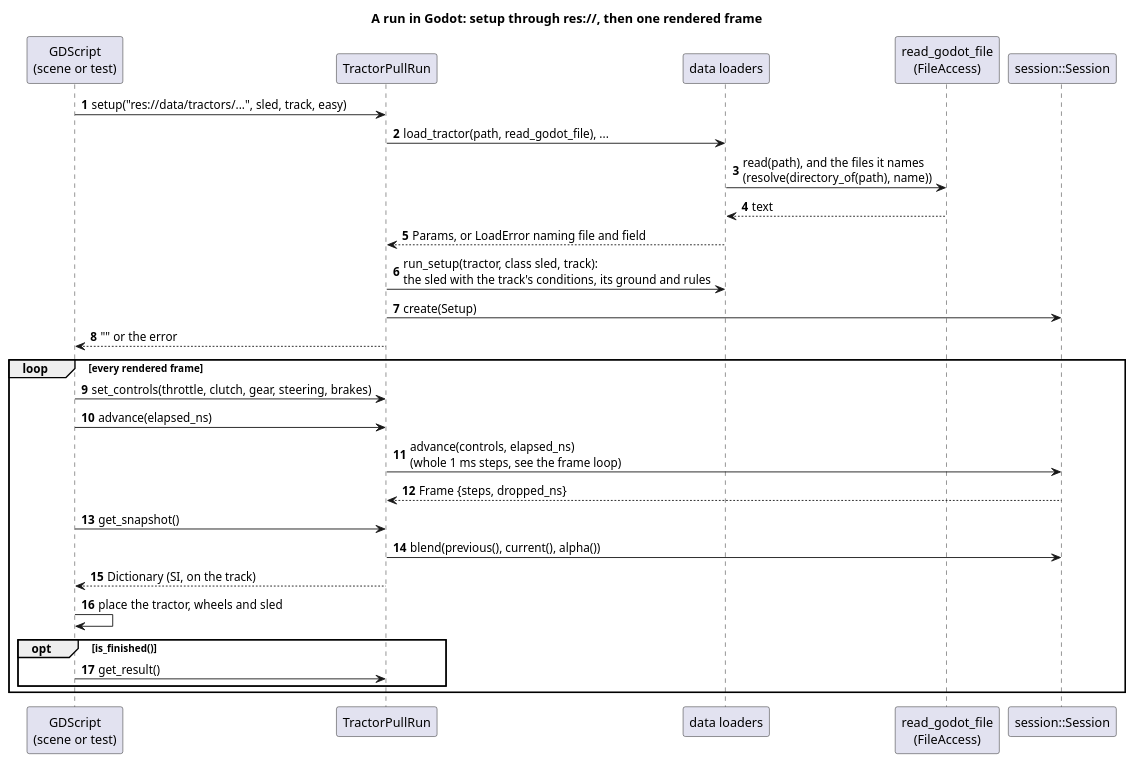
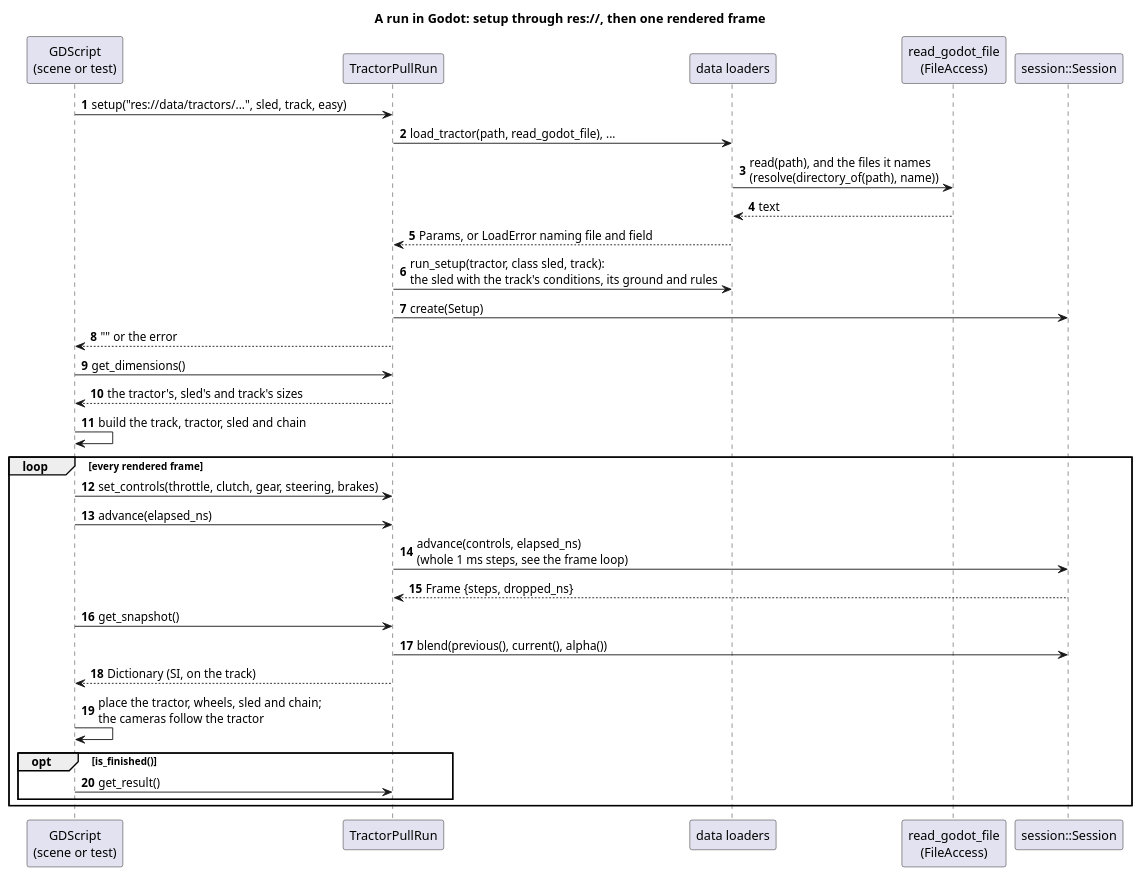
One commit to wversteeg/TractorPulling changed the diagram in docs/diagrams/godot_frame_sequence.puml. Above: the diagram before and after it, drawn with PlantUML. The commit also changed 9 other files, not shown here.

First line of the commit message:
Docs and diagrams for the pull scene

```diff
--- a/docs/diagrams/godot_frame_sequence.puml
+++ b/docs/diagrams/godot_frame_sequence.puml
@@ -1,32 +1,35 @@
 @startuml godot_frame_sequence
 title A run in Godot: setup through res://, then one rendered frame
 autonumber
 participant "GDScript\n(scene or test)" as Script
 participant "TractorPullRun" as Run
 participant "data loaders" as Load
 participant "read_godot_file\n(FileAccess)" as Files
 participant "session::Session" as Session
 
 Script -> Run : setup("res://data/tractors/...", sled, track, easy)
 Run -> Load : load_tractor(path, read_godot_file), ...
 Load -> Files : read(path), and the files it names\n(resolve(directory_of(path), name))
 Files --> Load : text
 Load --> Run : Params, or LoadError naming file and field
 Run -> Load : run_setup(tractor, class sled, track):\nthe sled with the track's conditions, its ground and rules
 Run -> Session : create(Setup)
 Run --> Script : "" or the error
+Script -> Run : get_dimensions()
+Run --> Script : the tractor's, sled's and track's sizes
+Script -> Script : build the track, tractor, sled and chain
 
 loop every rendered frame
   Script -> Run : set_controls(throttle, clutch, gear, steering, brakes)
   Script -> Run : advance(elapsed_ns)
   Run -> Session : advance(controls, elapsed_ns)\n(whole 1 ms steps, see the frame loop)
   Session --> Run : Frame {steps, dropped_ns}
   Script -> Run : get_snapshot()
   Run -> Session : blend(previous(), current(), alpha())
   Run --> Script : Dictionary (SI, on the track)
-  Script -> Script : place the tractor, wheels and sled
+  Script -> Script : place the tractor, wheels, sled and chain;\nthe cameras follow the tractor
   opt is_finished()
     Script -> Run : get_result()
   end
 end
 @enduml
```
